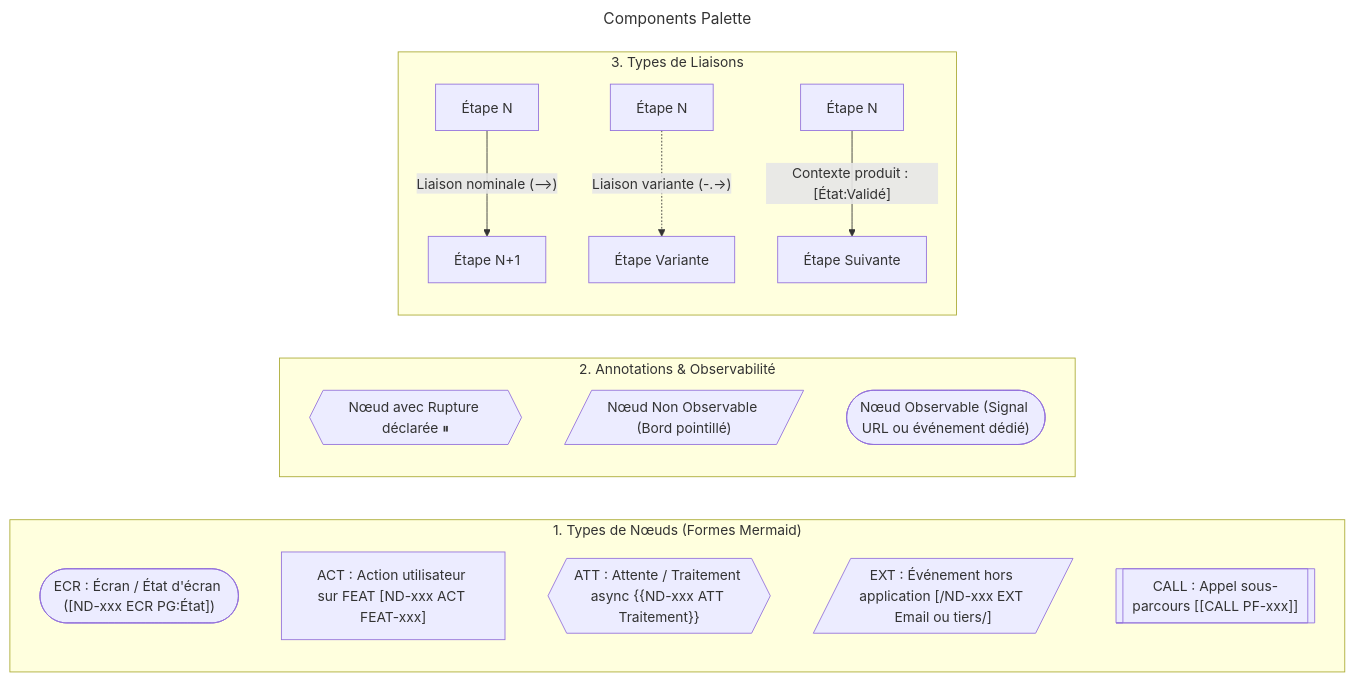
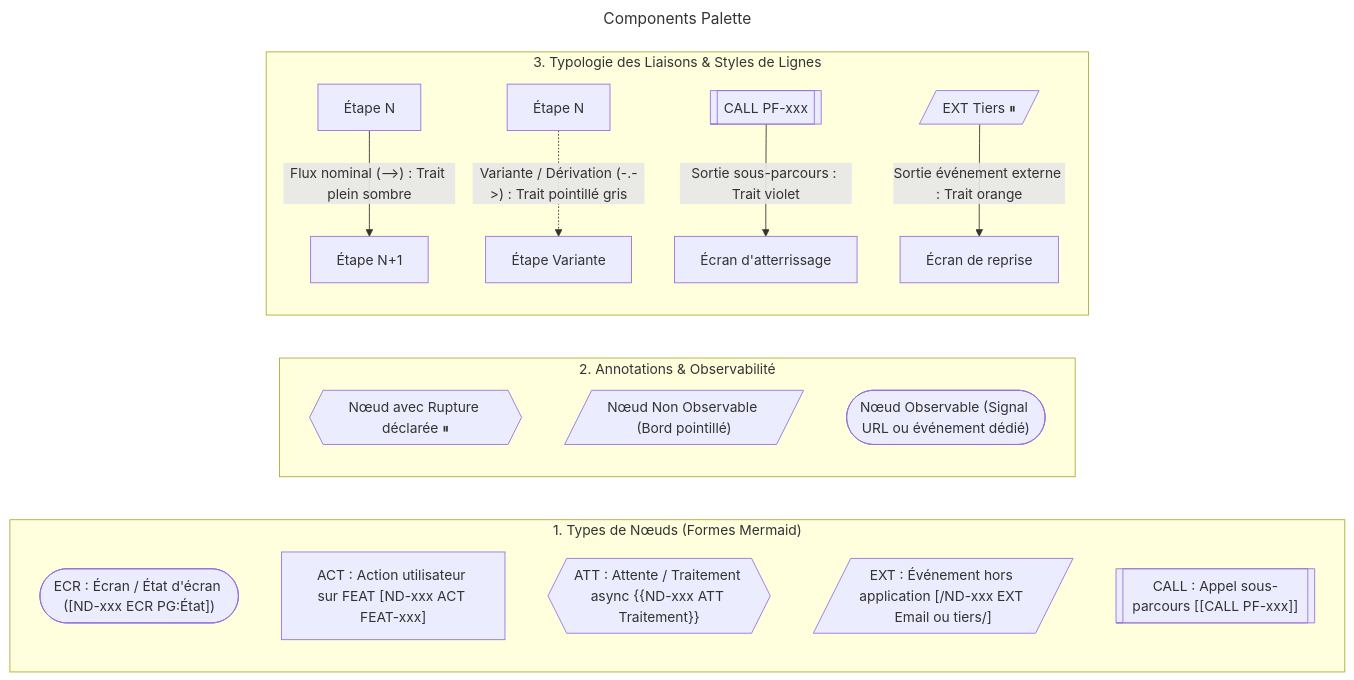
Before and after one commit to Pi0up/ai-skills: the diagram in .agents/plugins/information-architecture/templates/userflows/components-palette.mmd, drawn with Mermaid. The commit also changed 8 other files, not shown here.

```diff
--- a/.agents/plugins/information-architecture/templates/userflows/components-palette.mmd
+++ b/.agents/plugins/information-architecture/templates/userflows/components-palette.mmd
@@ -1,42 +1,43 @@
 ---
 title: Components Palette
 type: reference
 id: COMPONENTS-PALETTE
-version: 1.0.0
+version: 1.1.0
 roles: [ALL]
 tags: [userflow, reference, palette, syntax]
 description: Palette visuelle et aide-mémoire des nœuds et liaisons de parcours
 ---
 flowchart LR
 
     %% --------------------------------------------------------------------------
     %% 1. Types de Nœuds et Leurs Formes Géométriques Strictes
     %% --------------------------------------------------------------------------
     subgraph TypesNoeuds["1. Types de Nœuds (Formes Mermaid)"]
         direction TB
         N_ECR(["ECR : Écran / État d'écran ([ND-xxx ECR PG:État])"])
         N_ACT["ACT : Action utilisateur sur FEAT [ND-xxx ACT FEAT-xxx]"]
         N_ATT{{"ATT : Attente / Traitement async {{ND-xxx ATT Traitement}}"}}
         N_EXT[/"EXT : Événement hors application [/ND-xxx EXT Email ou tiers/]" /]
         N_CALL[["CALL : Appel sous-parcours [[CALL PF-xxx]]"]]
     end
 
     %% --------------------------------------------------------------------------
     %% 2. États Particuliers et Marqueurs
     %% --------------------------------------------------------------------------
     subgraph MarqueursEtats["2. Annotations & Observabilité"]
         direction TB
         N_RUPT{{"Nœud avec Rupture déclarée ⏸"}}
         N_NON_OBS[/"Nœud Non Observable (Bord pointillé)"/]
         N_OBS(["Nœud Observable (Signal URL ou événement dédié)"])
     end
 
     %% --------------------------------------------------------------------------
-    %% 3. Typologie des Liaisons
+    %% 3. Typologie des Liaisons & Styles de Lignes
     %% --------------------------------------------------------------------------
-    subgraph Liaisons["3. Types de Liaisons"]
+    subgraph Liaisons["3. Typologie des Liaisons & Styles de Lignes"]
         direction TB
-        L1_A["Étape N"] -->|"Liaison nominale (-->)"| L1_B["Étape N+1"]
-        L2_A["Étape N"] -.->|"Liaison variante (-.->)"| L2_B["Étape Variante"]
-        L3_A["Étape N"] -->|"Contexte produit : [État:Validé]"| L3_B["Étape Suivante"]
+        L1_A["Étape N"] -->|"Flux nominal (-->) : Trait plein sombre"| L1_B["Étape N+1"]
+        L2_A["Étape N"] -.->|"Variante / Dérivation (-.->) : Trait pointillé gris"| L2_B["Étape Variante"]
+        L_CALL[["CALL PF-xxx"]] -->|"Sortie sous-parcours : Trait violet"| L_CALL_NEXT["Écran d'atterrissage"]
+        L_EXT[/"EXT Tiers ⏸"/] -->|"Sortie événement externe : Trait orange"| L_EXT_NEXT["Écran de reprise"]
     end
```
